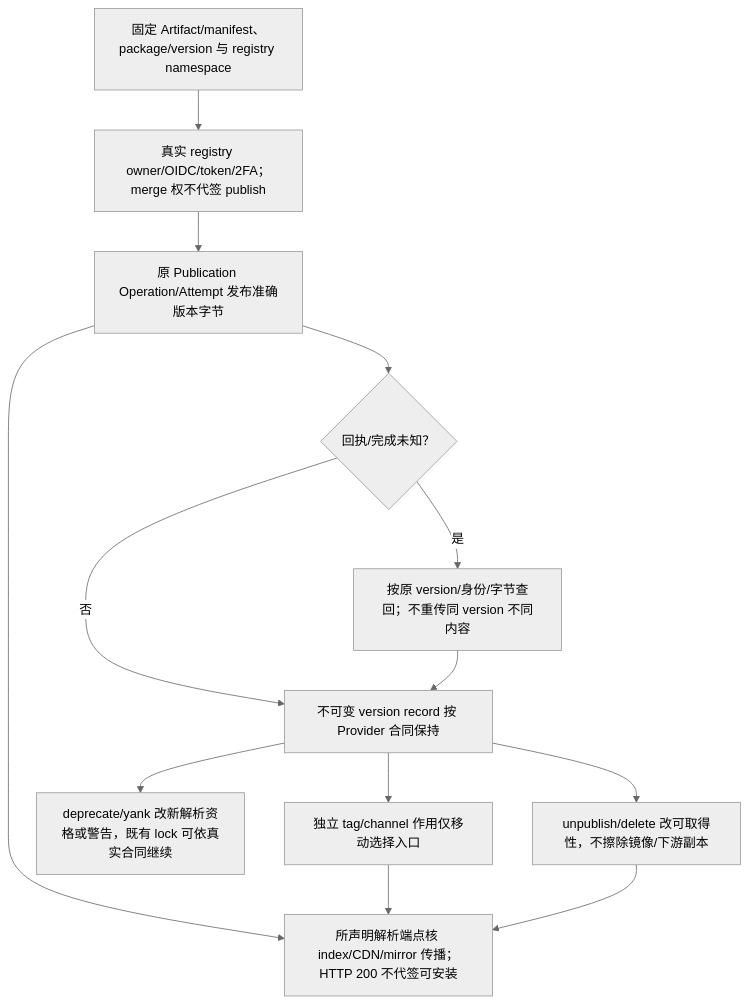
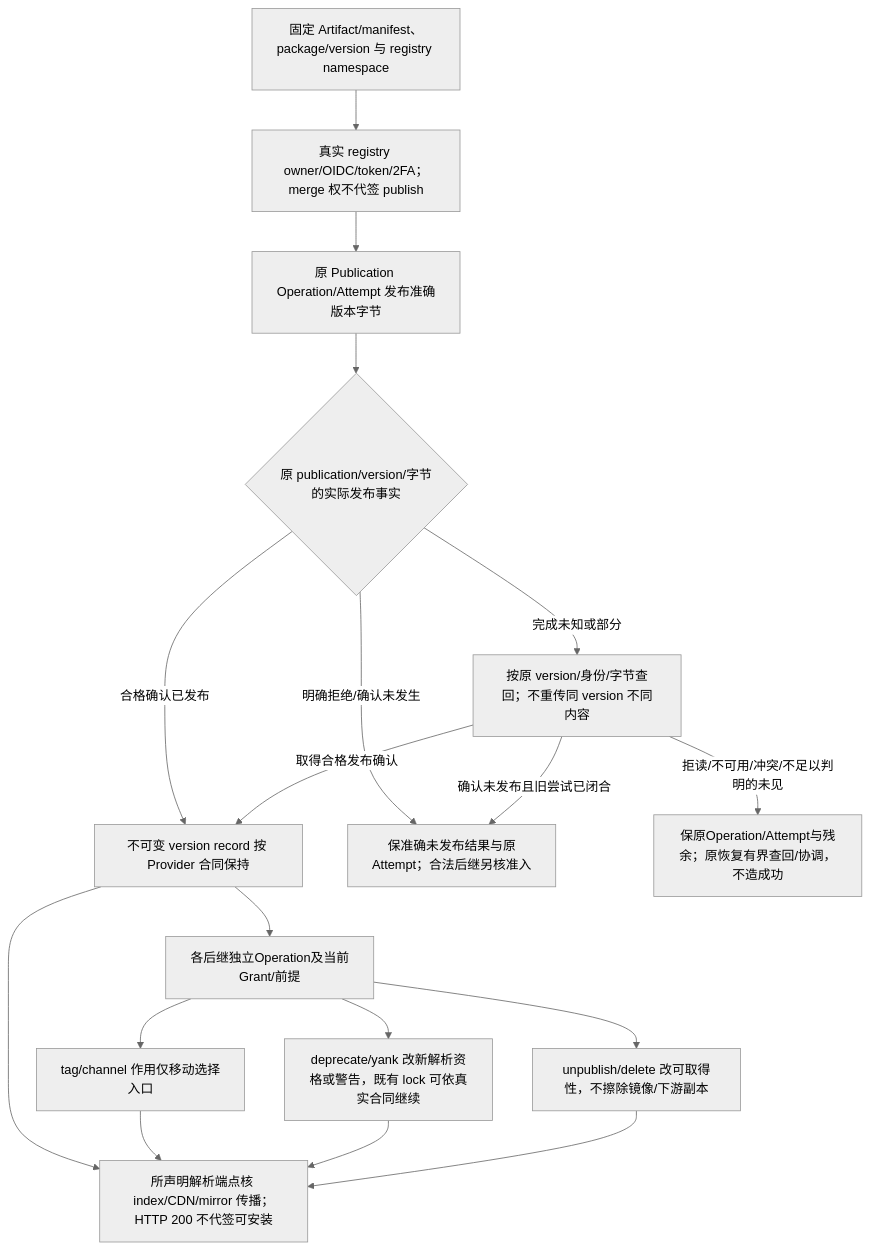
Before and after one commit to sec-platform/sec: diagram 29 of 32 in docs/运行/宿主生态与技术约束.md, drawn with Mermaid (neutral theme). The commit also changed other lines of this file and 8 other files, not shown here.

````diff
--- a/docs/运行/宿主生态与技术约束.md
+++ b/docs/运行/宿主生态与技术约束.md
@@ -2815,15 +2822,20 @@
 ```mermaid
 flowchart TB
   artifact["固定 Artifact/manifest、package/version 与 registry namespace"] --> authority["真实 registry owner/OIDC/token/2FA；merge 权不代签 publish"]
   authority --> publish["原 Publication Operation/Attempt 发布准确版本字节"]
-  publish --> unknown{"回执/完成未知？"}
-  unknown -->|是| query["按原 version/身份/字节查回；不重传同 version 不同内容"]
-  unknown -->|否| immutable["不可变 version record 按 Provider 合同保持"]
-  query --> immutable
-  immutable --> tags["独立 tag/channel 作用仅移动选择入口"]
-  immutable --> yank["deprecate/yank 改新解析资格或警告，既有 lock 可依真实合同继续"]
-  immutable --> remove["unpublish/delete 改可取得性，不擦除镜像/下游副本"]
-  publish --> readback["所声明解析端点核 index/CDN/mirror 传播；HTTP 200 不代签可安装"]
+  publish --> outcome{"原 publication/version/字节的实际发布事实"}
+  outcome -->|合格确认已发布| immutable["不可变 version record 按 Provider 合同保持"]
+  outcome -->|完成未知或部分| query["按原 version/身份/字节查回；不重传同 version 不同内容"]
+  outcome -->|明确拒绝/确认未发生| unpublished["保准确未发布结果与原Attempt；合法后继另核准入"]
+  query -->|取得合格发布确认| immutable
+  query -->|确认未发布且旧尝试已闭合| unpublished
+  query -->|拒读/不可用/冲突/不足以判明的未见| pending["保原Operation/Attempt与残余；原恢复有界查回/协调，不造成功"]
+  immutable --> next["各后继独立Operation及当前Grant/前提"]
+  next --> tags["tag/channel 作用仅移动选择入口"]
+  next --> yank["deprecate/yank 改新解析资格或警告，既有 lock 可依真实合同继续"]
+  next --> remove["unpublish/delete 改可取得性，不擦除镜像/下游副本"]
+  immutable --> readback["所声明解析端点核 index/CDN/mirror 传播；HTTP 200 不代签可安装"]
   tags --> readback
+  yank --> readback
   remove --> readback
 ```
````
